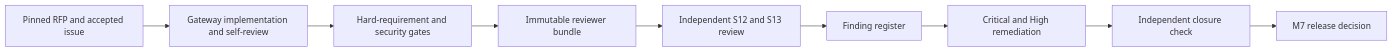
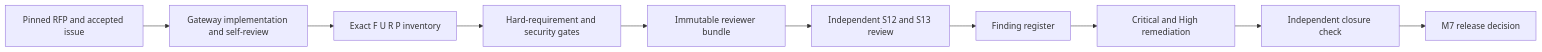
Before and after one commit to gateway-fm/lez-atomic-swaps: the diagram in docs/milestone-7/README.md, drawn with Mermaid. The commit also changed other lines of this file and 6 other files, not shown here.

````diff
--- a/docs/milestone-7/README.md
+++ b/docs/milestone-7/README.md
@@ -42,11 +53,12 @@
 ```mermaid
 flowchart LR
     Authority["Pinned RFP and accepted issue"] --> SelfWork["Gateway implementation and self-review"]
-    SelfWork --> Tests["Hard-requirement and security gates"]
+    SelfWork --> Audit["Exact F U R P inventory"]
+    Audit --> Tests["Hard-requirement and security gates"]
     Tests --> Bundle["Immutable reviewer bundle"]
     Bundle --> External["Independent S12 and S13 review"]
     External --> Register["Finding register"]
     Register --> Remediation["Critical and High remediation"]
     Remediation --> Recheck["Independent closure check"]
     Recheck --> Release["M7 release decision"]
 ```
````
